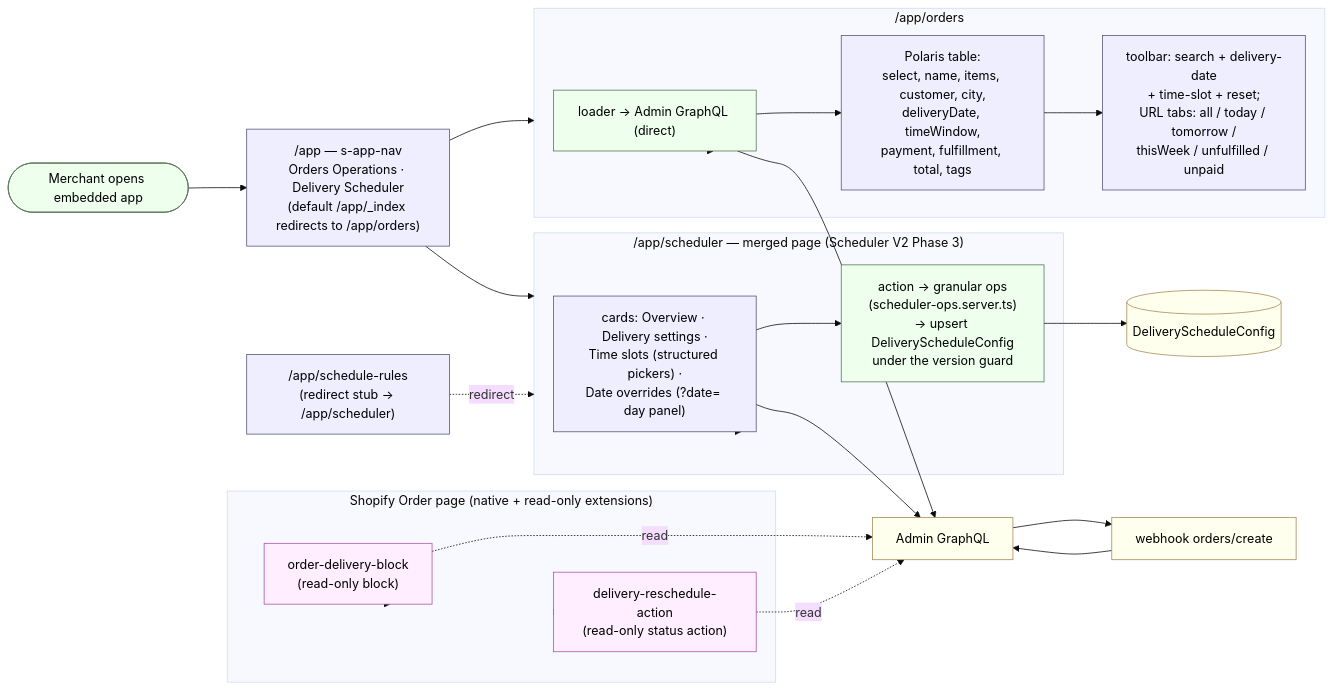
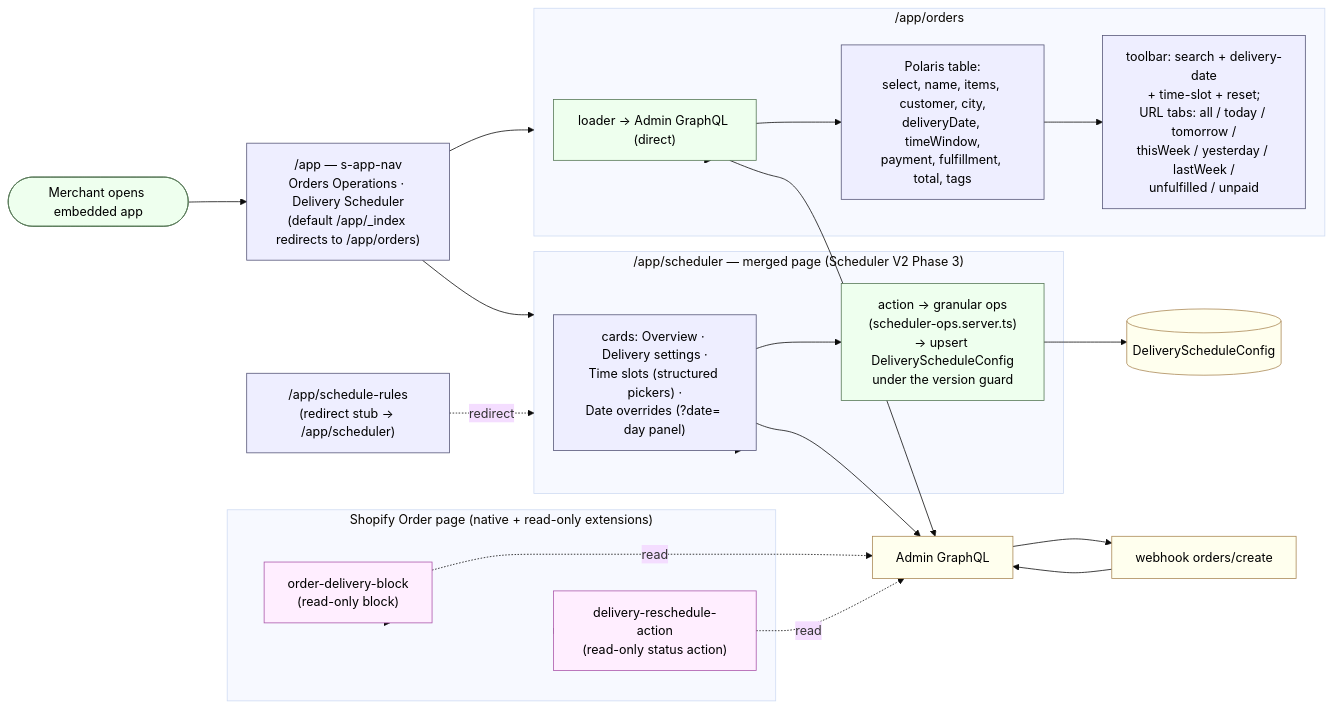
Before and after one commit to flwrdev/delivery-scheduler: the second of 3 diagrams in docs/api.md, drawn with Mermaid (base theme). The commit also changed 6 other files, not shown here.

First line of the commit message:
feat(orders): "Yesterday" + "Last week" tabs (same server-side date-tag shape as ADR-24)

````diff
--- a/docs/api.md
+++ b/docs/api.md
@@ -588,50 +588,50 @@
 ```mermaid
 flowchart LR
     classDef screen fill:#eef,stroke:#557,color:#000
     classDef act fill:#efe,stroke:#575,color:#000
     classDef sys fill:#ffe,stroke:#a85,color:#000
     classDef rd fill:#fef,stroke:#a5a,color:#000
 
     START(["Merchant opens embedded app"]):::act
     APP["/app — s-app-nav<br/>Orders Operations · Delivery Scheduler<br/>(default /app/_index redirects to /app/orders)"]:::screen
 
     subgraph ORDERS["/app/orders"]
         O_LOAD["loader → Admin GraphQL (direct)"]:::act
         O_LIST["Polaris table:<br/>select, name, items, customer, city,<br/>deliveryDate, timeWindow,<br/>payment, fulfillment, total, tags"]:::screen
-        O_FILT["toolbar: search + delivery-date<br/>+ time-slot + reset;<br/>URL tabs: all / today / tomorrow /<br/>thisWeek / unfulfilled / unpaid"]:::screen
+        O_FILT["toolbar: search + delivery-date<br/>+ time-slot + reset;<br/>URL tabs: all / today / tomorrow /<br/>thisWeek / yesterday / lastWeek /<br/>unfulfilled / unpaid"]:::screen
     end
 
     subgraph SCHED["/app/scheduler — merged page (Scheduler V2 Phase 3)"]
         S_VIEW["cards: Overview · Delivery settings ·<br/>Time slots (structured pickers) ·<br/>Date overrides (?date= day panel)"]:::screen
         S_SAVE["action → granular ops<br/>(scheduler-ops.server.ts)<br/>→ upsert DeliveryScheduleConfig<br/>under the version guard"]:::act
     end
 
     RULES["/app/schedule-rules<br/>(redirect stub → /app/scheduler)"]:::screen
 
     subgraph ORDER_PAGE["Shopify Order page (native + read-only extensions)"]
         ADB2["order-delivery-block<br/>(read-only block)"]:::rd
         ARA2["delivery-reschedule-action<br/>(read-only status action)"]:::rd
     end
 
     DB[("DeliveryScheduleConfig")]:::sys
     SAPI["Admin GraphQL"]:::sys
     WHN["webhook orders/create"]:::sys
 
     START --> APP
     APP --> ORDERS
     APP --> SCHED
 
     ORDERS --> O_LOAD --> O_LIST --> O_FILT
     O_LOAD --> SAPI
 
     SCHED --> S_VIEW --> S_SAVE --> DB
     S_VIEW --> SAPI
 
     RULES -. redirect .-> SCHED
 
     ORDER_PAGE --> ADB2 -. read .-> SAPI
     ORDER_PAGE --> ARA2 -. read .-> SAPI
 
     SAPI --> WHN
     WHN --> SAPI
 ```
````
